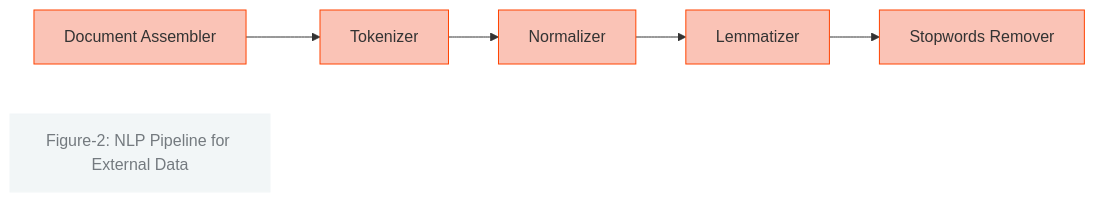
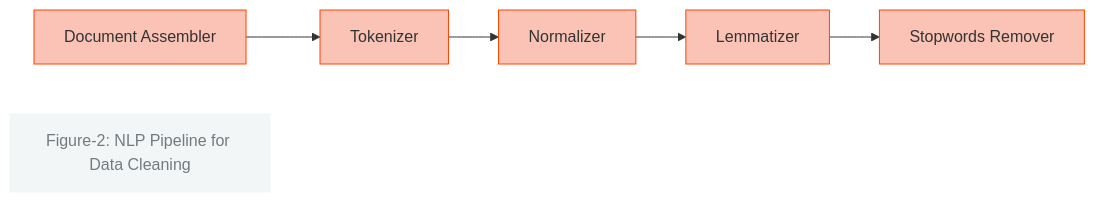
Before and after one commit to Sangeetha-238/BigData_Reddit_Analysis: the second of 2 diagrams in website-source/nlp.qmd, drawn with Mermaid. The commit also changed other lines of this file and 9 other files, not shown here.

````diff
--- a/website-source/nlp.qmd
+++ b/website-source/nlp.qmd
@@ -48,18 +86,18 @@
 ```{mermaid}
 %%| fig-width: 11.5
 flowchart LR
   A[Document Assembler] --> B[Tokenizer]
   B --> C[Normalizer]
   C --> D[Lemmatizer]
   D --> E[Stopwords Remover]
   
   style A fill:#fac3b6,stroke:#FF4301,stroke-width:1px;
   style B fill:#fac3b6,stroke:#FF4301,stroke-width:1px;
   style C fill:#fac3b6,stroke:#FF4301,stroke-width:1px;
   style D fill:#fac3b6,stroke:#FF4301,stroke-width:1px;
   style E fill:#fac3b6,stroke:#FF4301,stroke-width:1px;
   
  %% Add figure caption
   style caption fill:#F2F6F7,stroke:#F2F6F7,color:#747a7f;
-  caption[Figure-2: NLP Pipeline for External Data]
+  caption[Figure-2: NLP Pipeline for Data Cleaning]
 ```
````
